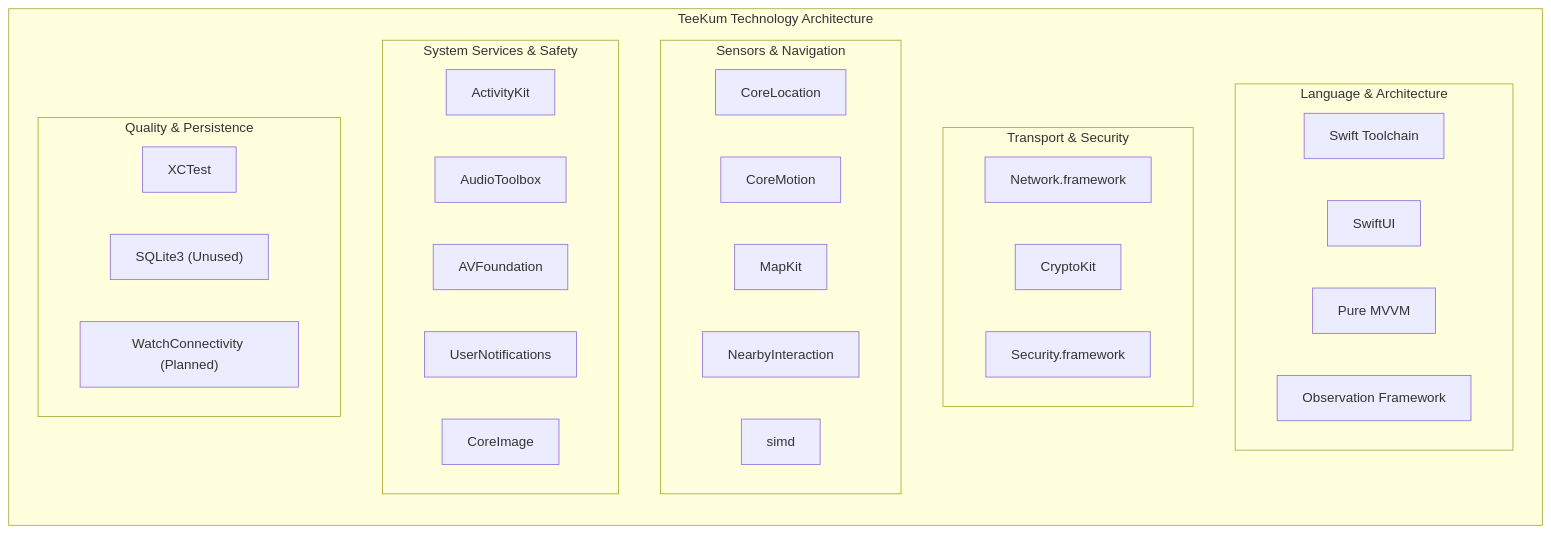
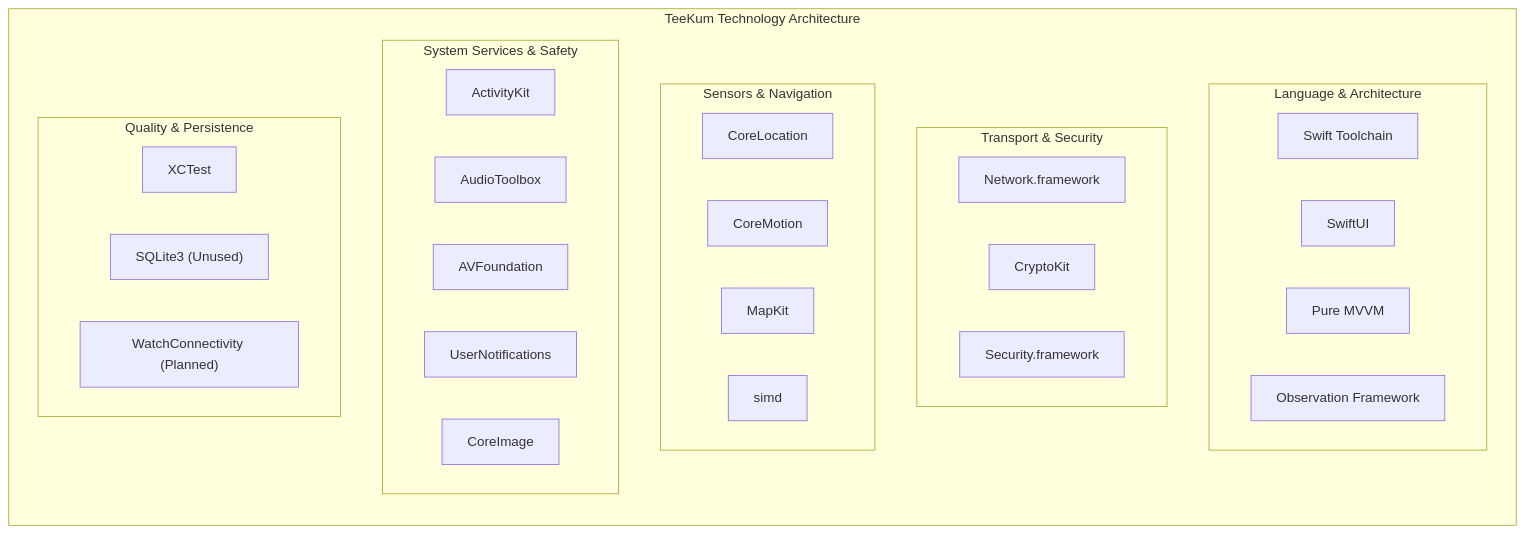
Before and after one commit to Someonelse2309/TeeKum-Prototype: the second of 4 diagrams in docs/knowledge_transfer/TECH_STACK.md, drawn with Mermaid. The commit also changed other lines of this file and 16 other files, not shown here.

Commit message:
feat! : Removing nearby interaction system

````diff
--- a/docs/knowledge_transfer/TECH_STACK.md
+++ b/docs/knowledge_transfer/TECH_STACK.md
@@ -50,36 +50,35 @@
 ```mermaid
 graph LR
     subgraph TechCategories ["TeeKum Technology Architecture"]
         direction TB
         subgraph CorePlatform ["Language & Architecture"]
             T1["Swift Toolchain"]
             T2["SwiftUI"]
             T3["Pure MVVM"]
             T4["Observation Framework"]
         end
         subgraph NetworkCrypto ["Transport & Security"]
             T5["Network.framework"]
             T6["CryptoKit"]
             T7["Security.framework"]
         end
         subgraph SensorsLocation ["Sensors & Navigation"]
             T8["CoreLocation"]
             T9["CoreMotion"]
             T10["MapKit"]
-            T11["NearbyInteraction"]
             T12["simd"]
         end
         subgraph UserExpSafety ["System Services & Safety"]
             T13["ActivityKit"]
             T14["AudioToolbox"]
             T15["AVFoundation"]
             T16["UserNotifications"]
             T17["CoreImage"]
         end
         subgraph TestDiagnostics ["Quality & Persistence"]
             T18["XCTest"]
             T19["SQLite3 (Unused)"]
             T20["WatchConnectivity (Planned)"]
         end
     end
 ```
````
